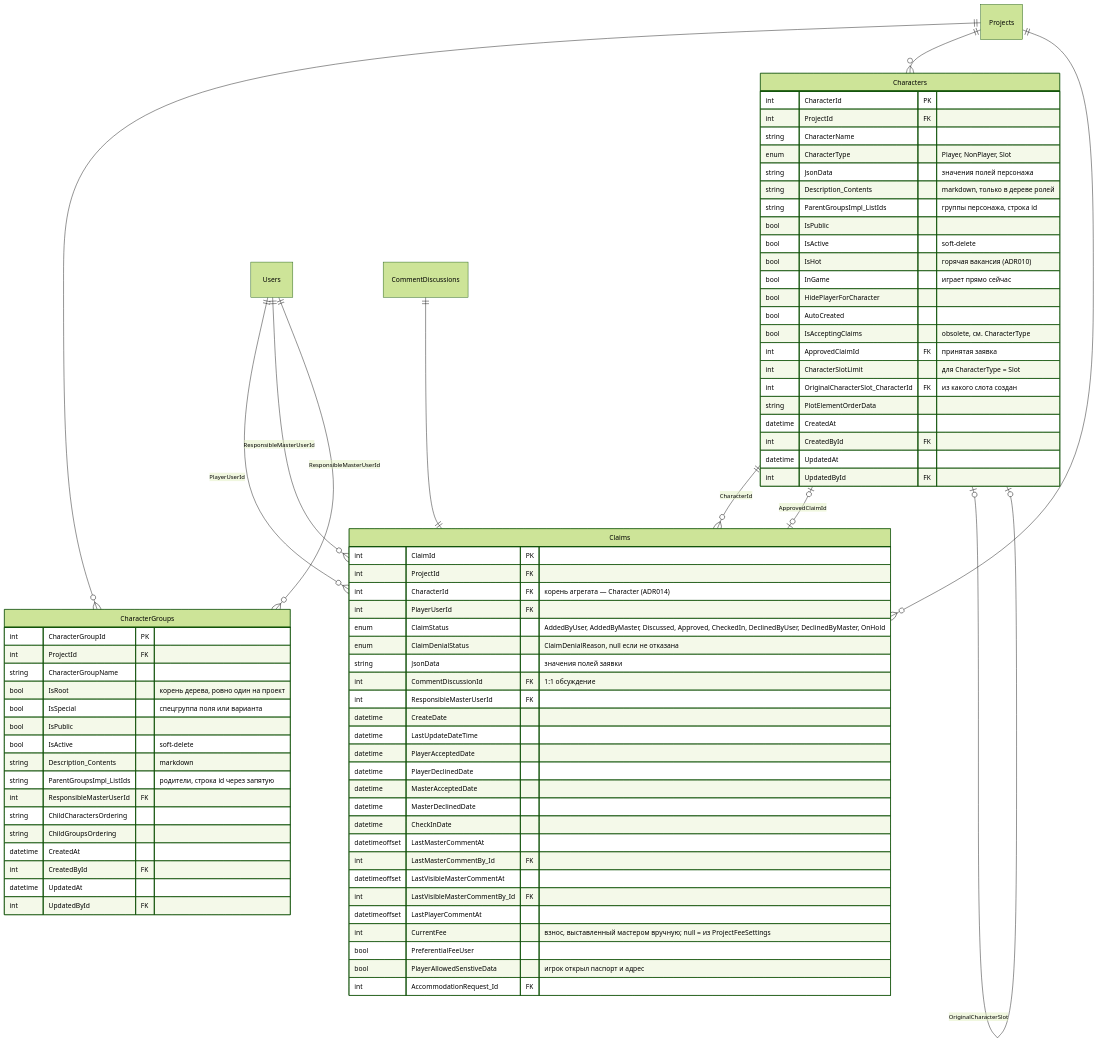
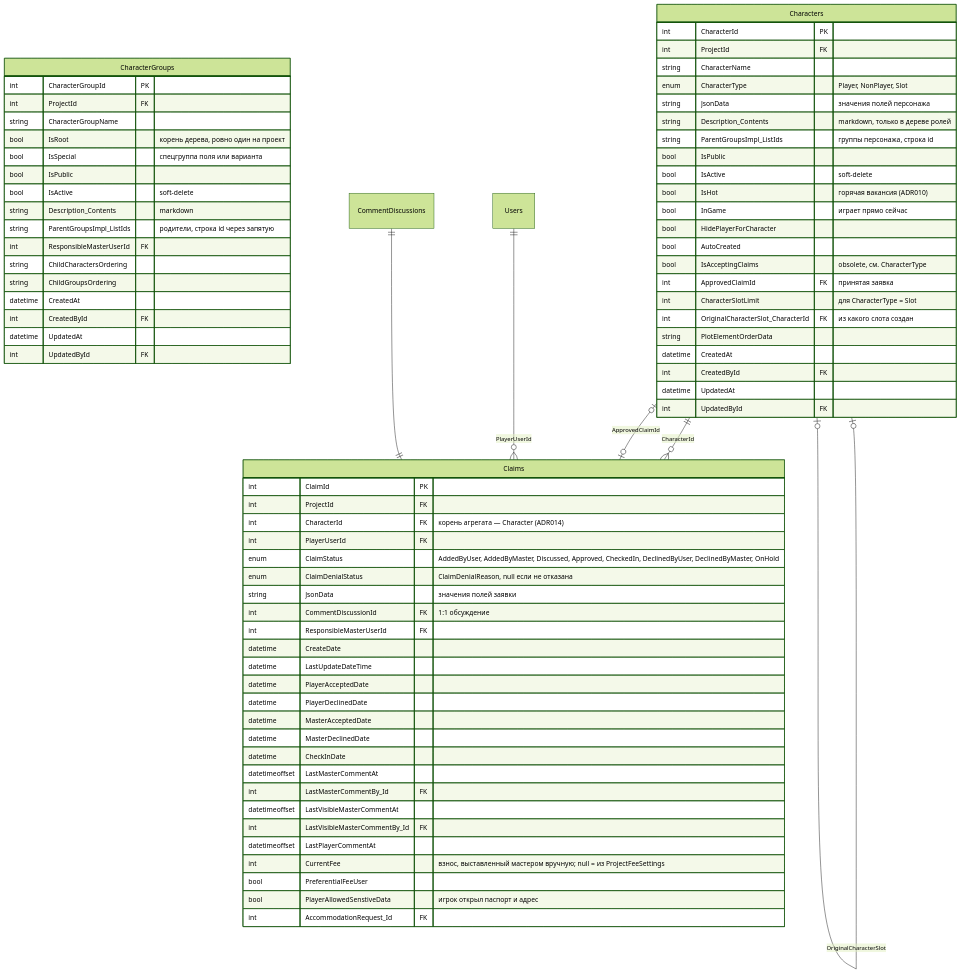
Before and after one commit to joinrpg/joinrpg-net: the fourth of 11 diagrams in docs/db-schema.md, drawn with Mermaid (forest theme). The commit also changed other lines of this file, not shown here.

First line of the commit message:
docs: убрать из доменных диаграмм связи с Projects и служебные связи с Users

````diff
--- a/docs/db-schema.md
+++ b/docs/db-schema.md
@@ -357,14 +361,9 @@
         int AccommodationRequest_Id FK
     }
 
-    Projects ||--o{ CharacterGroups : ""
-    Projects ||--o{ Characters : ""
-    Projects ||--o{ Claims : ""
     Characters ||--o{ Claims : "CharacterId"
     Characters |o--o| Claims : "ApprovedClaimId"
     Characters |o--o| Characters : "OriginalCharacterSlot"
     Users ||--o{ Claims : "PlayerUserId"
-    Users ||--o{ Claims : "ResponsibleMasterUserId"
-    Users ||--o{ CharacterGroups : "ResponsibleMasterUserId"
     CommentDiscussions ||--|| Claims : ""
 ```
````
